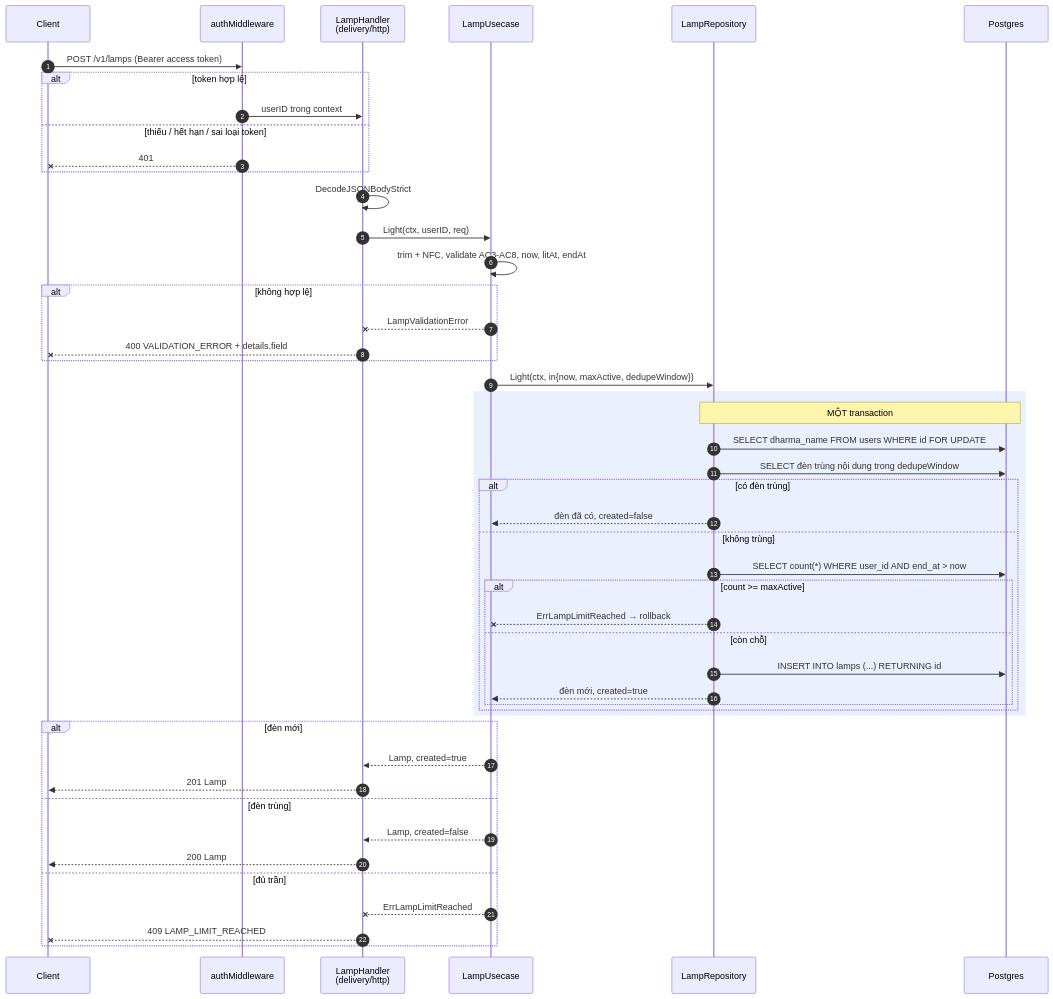
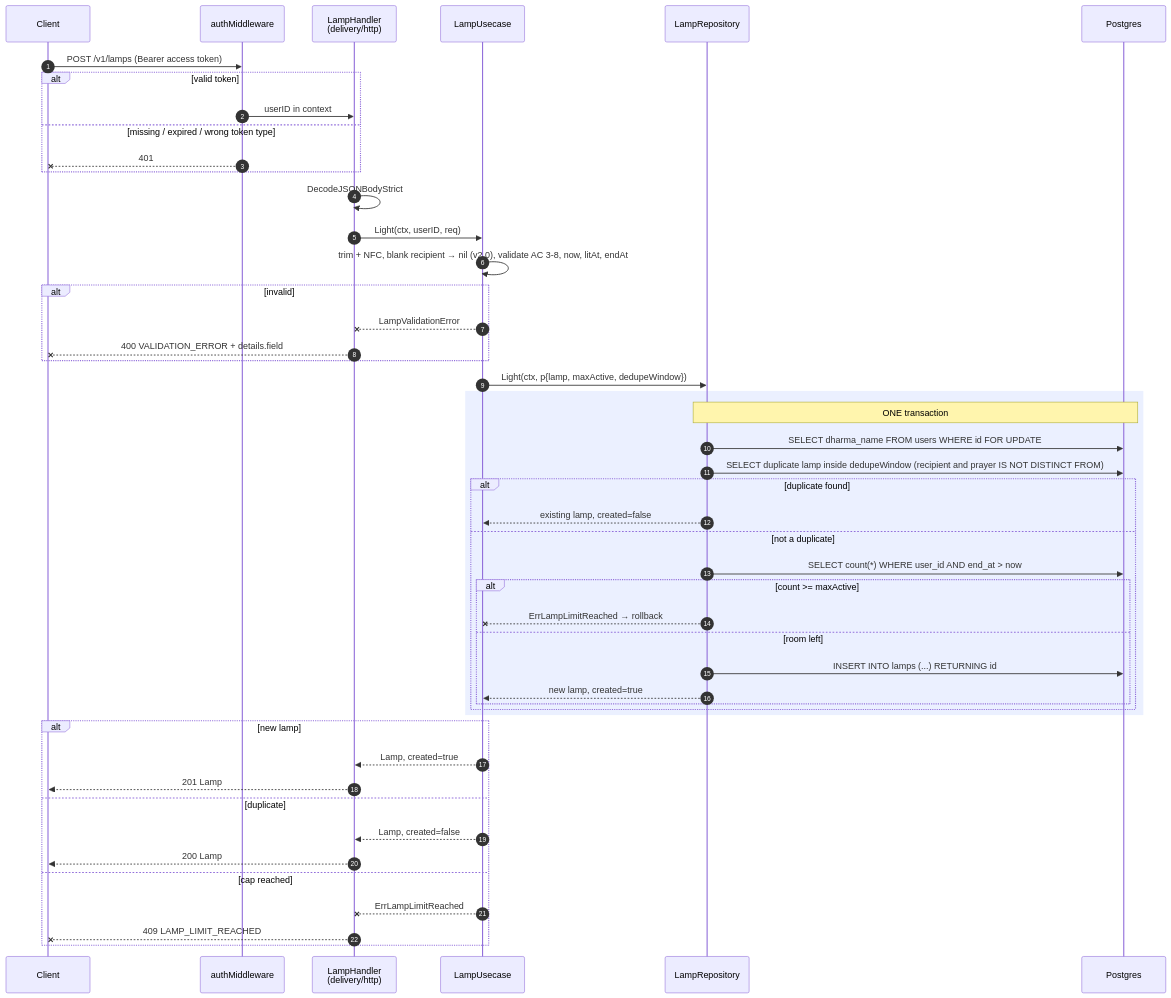
Before and after one commit to chjpcojit/innerlamp-be: the first of 2 diagrams in docs/specs/features/lamp/flow.md, drawn with Mermaid. The commit also changed other lines of this file and 4 other files, not shown here.

First line of the commit message:
docs(lamp): backend platform spec v2.0 (optional recipient, is_mine, vector tests)

````diff
--- a/docs/specs/features/lamp/flow.md
+++ b/docs/specs/features/lamp/flow.md
@@ -14,55 +14,55 @@
 ```mermaid
 sequenceDiagram
     autonumber
     participant C as Client
     participant M as authMiddleware
     participant H as LampHandler<br/>(delivery/http)
     participant U as LampUsecase
     participant R as LampRepository
     participant DB as Postgres
 
     C->>M: POST /v1/lamps (Bearer access token)
-    alt token hợp lệ
-        M->>H: userID trong context
-    else thiếu / hết hạn / sai loại token
+    alt valid token
+        M->>H: userID in context
+    else missing / expired / wrong token type
         M--xC: 401
     end
 
     H->>H: DecodeJSONBodyStrict
     H->>U: Light(ctx, userID, req)
-    U->>U: trim + NFC, validate AC3-AC8, now, litAt, endAt
-    alt không hợp lệ
+    U->>U: trim + NFC, blank recipient → nil (v2.0), validate AC 3-8, now, litAt, endAt
+    alt invalid
         U--xH: LampValidationError
         H--xC: 400 VALIDATION_ERROR + details.field
     end
 
-    U->>R: Light(ctx, in{now, maxActive, dedupeWindow})
+    U->>R: Light(ctx, p{lamp, maxActive, dedupeWindow})
 
     rect rgb(235, 240, 255)
-        Note over R,DB: MỘT transaction
+        Note over R,DB: ONE transaction
         R->>DB: SELECT dharma_name FROM users WHERE id FOR UPDATE
-        R->>DB: SELECT đèn trùng nội dung trong dedupeWindow
-        alt có đèn trùng
-            R-->>U: đèn đã có, created=false
-        else không trùng
+        R->>DB: SELECT duplicate lamp inside dedupeWindow (recipient and prayer IS NOT DISTINCT FROM)
+        alt duplicate found
+            R-->>U: existing lamp, created=false
+        else not a duplicate
             R->>DB: SELECT count(*) WHERE user_id AND end_at > now
             alt count >= maxActive
                 R--xU: ErrLampLimitReached → rollback
-            else còn chỗ
+            else room left
                 R->>DB: INSERT INTO lamps (...) RETURNING id
-                R-->>U: đèn mới, created=true
+                R-->>U: new lamp, created=true
             end
         end
     end
 
-    alt đèn mới
+    alt new lamp
         U-->>H: Lamp, created=true
         H-->>C: 201 Lamp
-    else đèn trùng
+    else duplicate
         U-->>H: Lamp, created=false
         H-->>C: 200 Lamp
-    else đủ trần
+    else cap reached
         U--xH: ErrLampLimitReached
         H--xC: 409 LAMP_LIMIT_REACHED
     end
 ```
````
